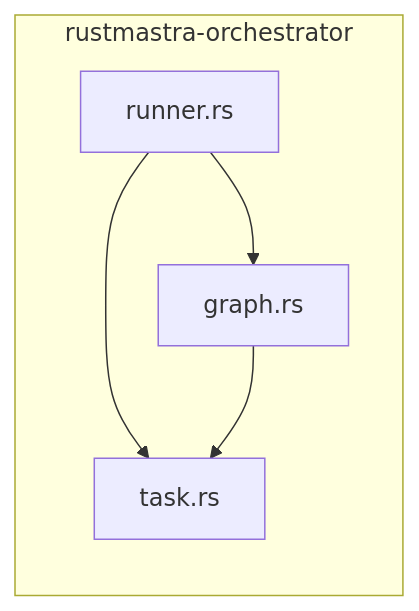
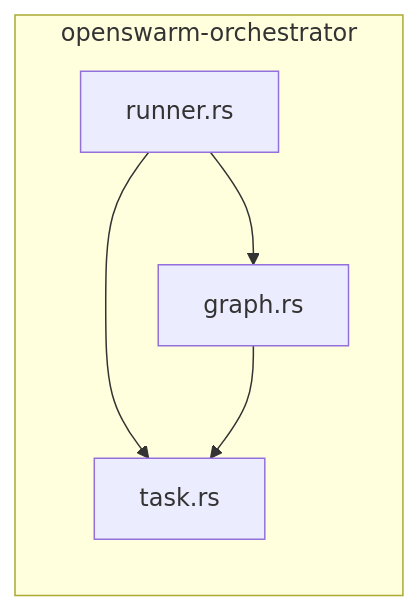
The first of 6 diagrams in documentation/architecture/02-orchestrator.md (Van-Nice/van-swarm), drawn with Mermaid before and after one commit. The commit also changed other lines of this file and 80 other files, not shown here.

````diff
--- a/documentation/architecture/02-orchestrator.md
+++ b/documentation/architecture/02-orchestrator.md
@@ -7,12 +7,12 @@
 ```mermaid
 flowchart LR
-    subgraph orchestrator["rustmastra-orchestrator"]
+    subgraph orchestrator["openswarm-orchestrator"]
         graph_mod[graph.rs]
         runner[runner.rs]
         task[task.rs]
     end
 
     runner --> graph_mod
     runner --> task
     graph_mod --> task
 ```
````
